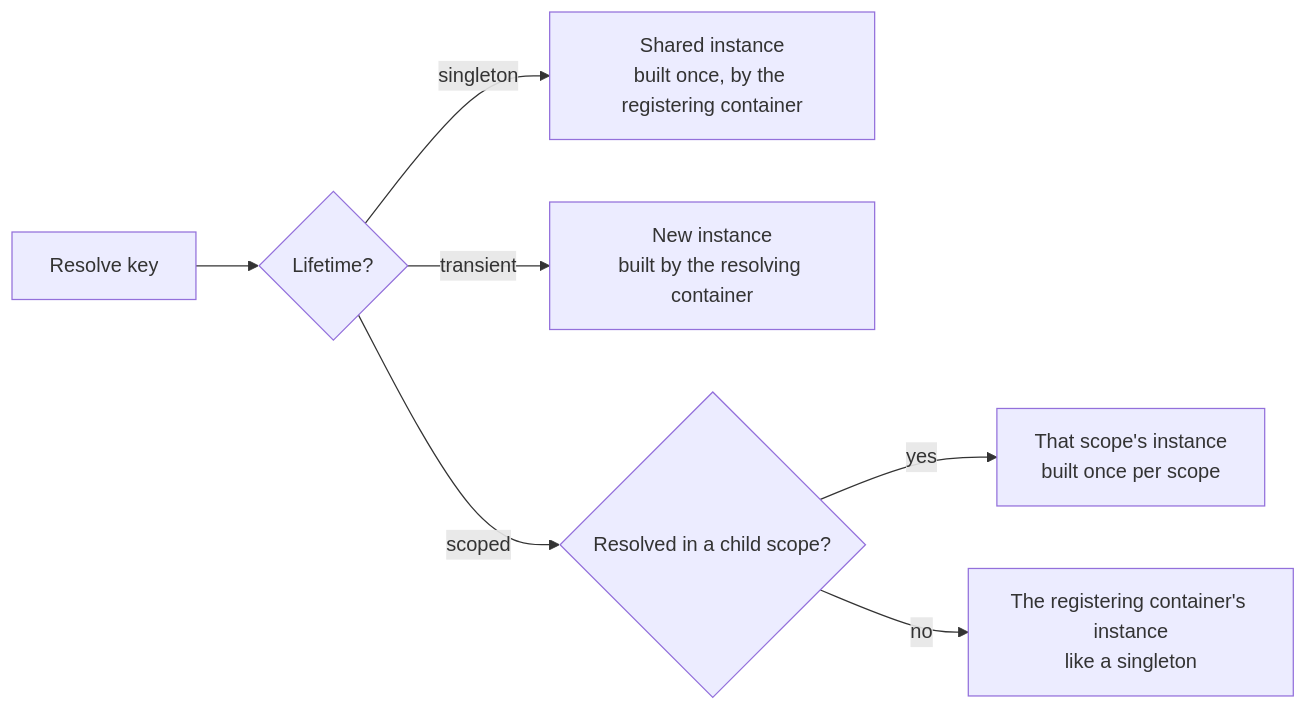
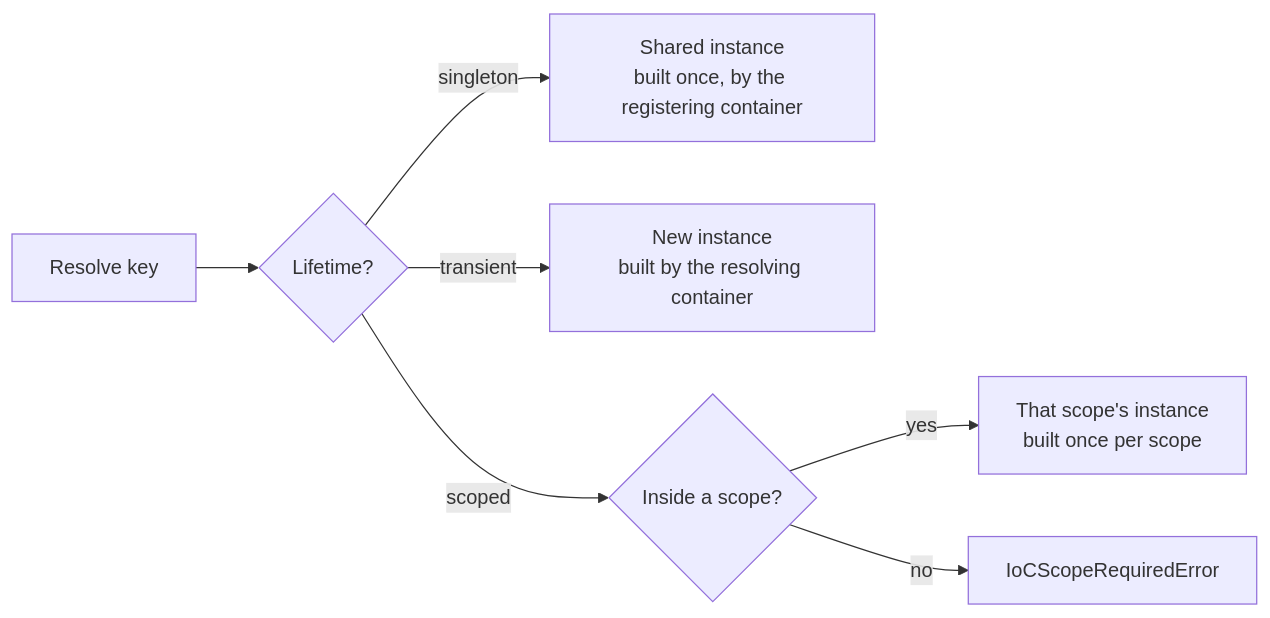
One commit to fathym/ioc changed the diagram in docs/concepts/lifetimes.md. Above: the diagram before and after it, drawn with Mermaid. The commit also changed other lines of this file and 78 other files, not shown here.

````diff
--- a/docs/concepts/lifetimes.md
+++ b/docs/concepts/lifetimes.md
@@ -28,9 +33,9 @@
 ```mermaid
 flowchart LR
   R[Resolve key] --> L{Lifetime?}
   L -->|singleton| S[Shared instance<br/>built once, by the registering container]
   L -->|transient| T[New instance<br/>built by the resolving container]
-  L -->|scoped| C{Resolved in a child scope?}
+  L -->|scoped| C{Inside a scope?}
   C -->|yes| SC[That scope's instance<br/>built once per scope]
-  C -->|no| SR[The registering container's instance<br/>like a singleton]
+  C -->|no| E[IoCScopeRequiredError]
 ```
````
